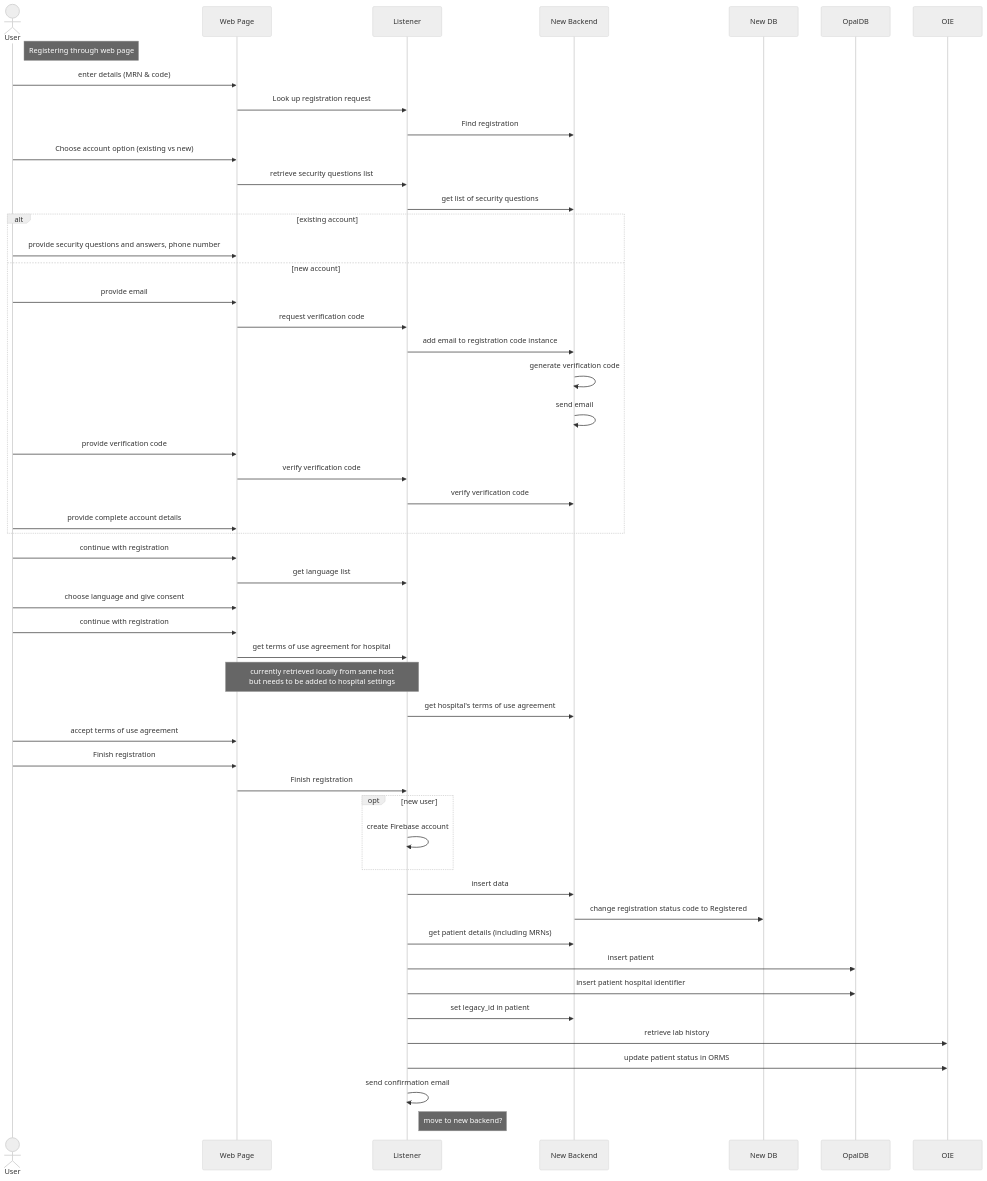
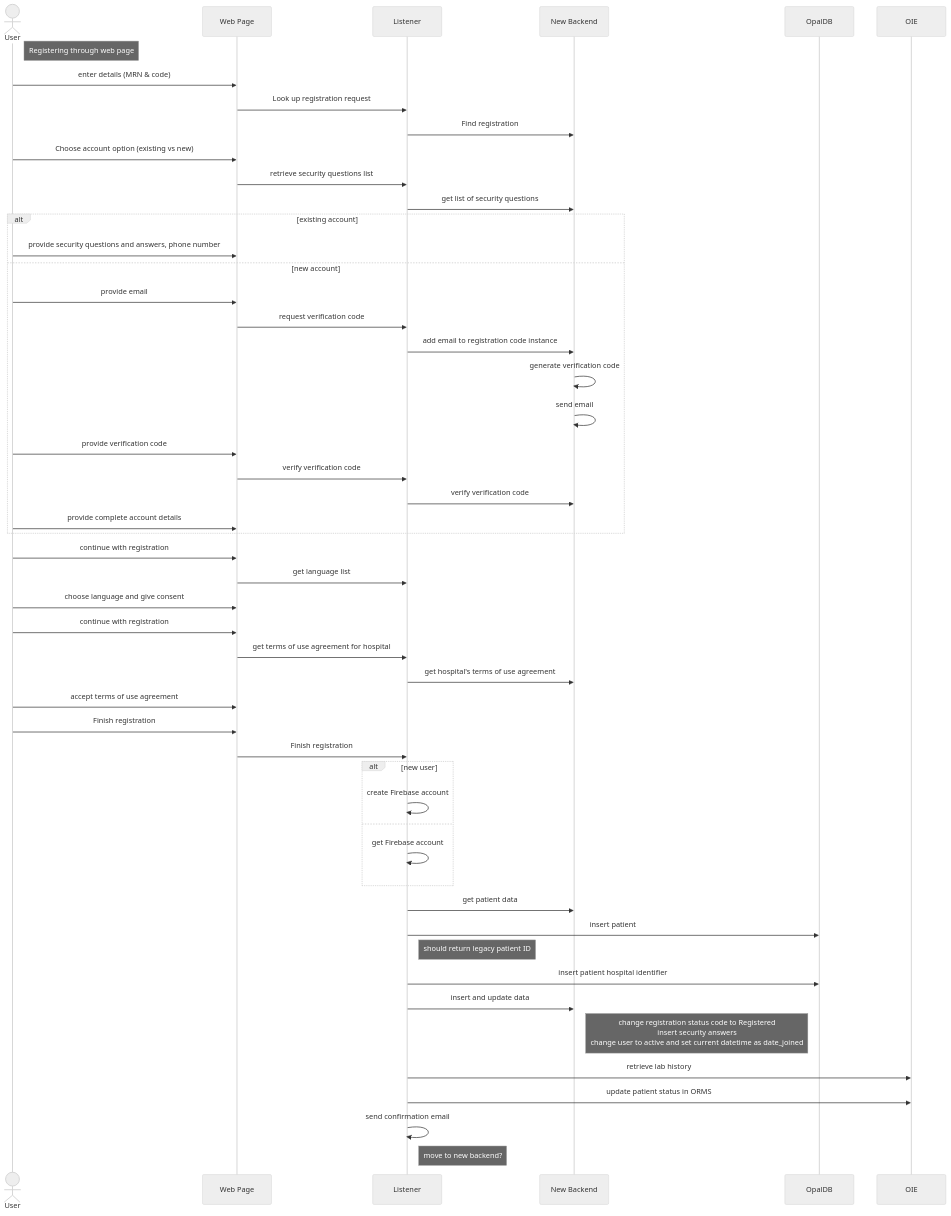
One commit to opalmedapps/docs changed the third of 3 diagrams in docs/architecture/registration.md. Above: the diagram before and after it, drawn with Mermaid (neutral theme). The commit also changed other lines of this file, not shown here.

Commit message:
docs: Update registration process diagrams

````diff
--- a/docs/architecture/registration.md
+++ b/docs/architecture/registration.md
@@ -52,77 +78,79 @@
 ```mermaid
 sequenceDiagram
 
     actor User
     participant FE as Web Page
     participant BE as Listener
     participant API as New Backend
-    participant DB as New DB
+    %% participant DB as New DB
     participant ODB as OpalDB
     participant OIE
 
     note right of User: Registering through web page
 
     User ->> FE: enter details (MRN & code)
     FE ->> BE: Look up registration request
     BE ->> API: Find registration
 
     User ->> FE: Choose account option (existing vs new)
     FE ->> BE: retrieve security questions list
     BE ->> API: get list of security questions
 
     alt existing account
         User ->> FE: provide security questions and answers, phone number
     else new account
         User ->> FE: provide email
         FE ->> BE: request verification code
         BE ->> API: add email to registration code instance
         API ->> API: generate verification code
         API ->> API: send email
         User ->> FE: provide verification code
         FE ->> BE: verify verification code
         BE ->> API: verify verification code
         User ->> FE: provide complete account details
     end
 
     User ->> FE: continue with registration
     FE ->> BE: get language list
     User ->> FE: choose language and give consent
     User ->> FE: continue with registration
     FE ->> BE: get terms of use agreement for hospital
-    note over FE, BE: currently retrieved locally from same host<br>but needs to be added to hospital settings
+    %% note over FE, BE: currently retrieved locally from same host<br>but needs to be added to hospital settings
     BE ->> API: get hospital's terms of use agreement
     User ->> FE: accept terms of use agreement
 
     User ->> FE: Finish registration
     FE ->> BE: Finish registration
-    opt new user
+    alt new user
         BE ->> BE: create Firebase account
+    else
+        BE ->> BE: get Firebase account
     end
-    BE ->> API: insert data
-    API ->> DB: change registration status code to Registered
-    BE ->> API: get patient details (including MRNs)
+    BE ->> API: get patient data
     BE ->> ODB: insert patient
+    note right of BE: should return legacy patient ID
     BE ->> ODB: insert patient hospital identifier
-    BE ->> API: set legacy_id in patient
+    BE ->> API: insert and update data
+    note right of API: change registration status code to Registered<br>insert security answers<br>change user to active and set current datetime as date_joined
     BE ->> OIE: retrieve lab history
     BE ->> OIE: update patient status in ORMS
     BE ->> BE: send confirmation email
     note right of BE: move to new backend?
     
     %% rect rgb(150, 150, 150)
     %% note right of API: existing PHP functionality
     %% opt not patient exists
     %%     API ->> ODB: insert patient
     %%     API ->> ODB: insert patient hospital identifier
     %%     API ->> ODB: insert user (for patient)
     %%     note over API, ODB: TBD: Can there only be one user<br>or does there need to be a user each (for security questions)
     %% end
     %% end
 
     %% API ->> OIE: retrieve lab history
     %% API ->> OIE: update patient status in ORMS
     %%     note right of API: TBD: change to direct call to ORMS?
     %% API ->> DB: set legacy_id in patient
     %% API ->> DB: set legacy_id in caregiverprofile
     %% API ->> API: send confirmation email
 ```
````
